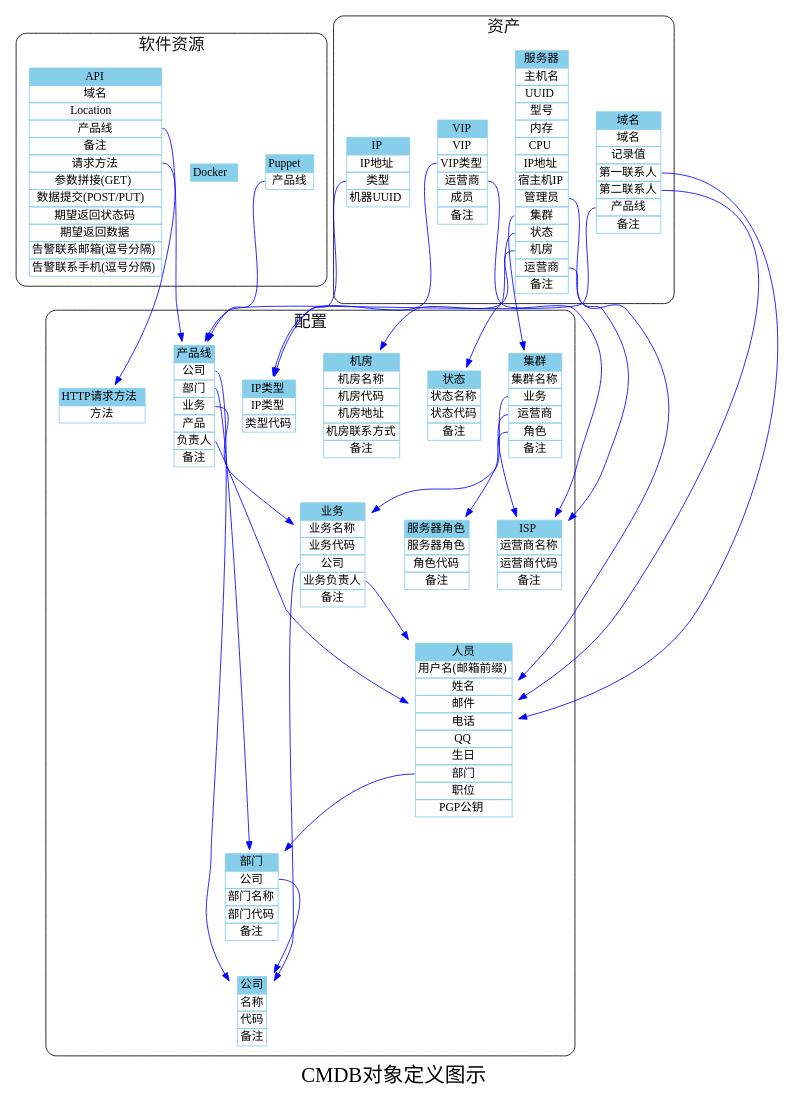
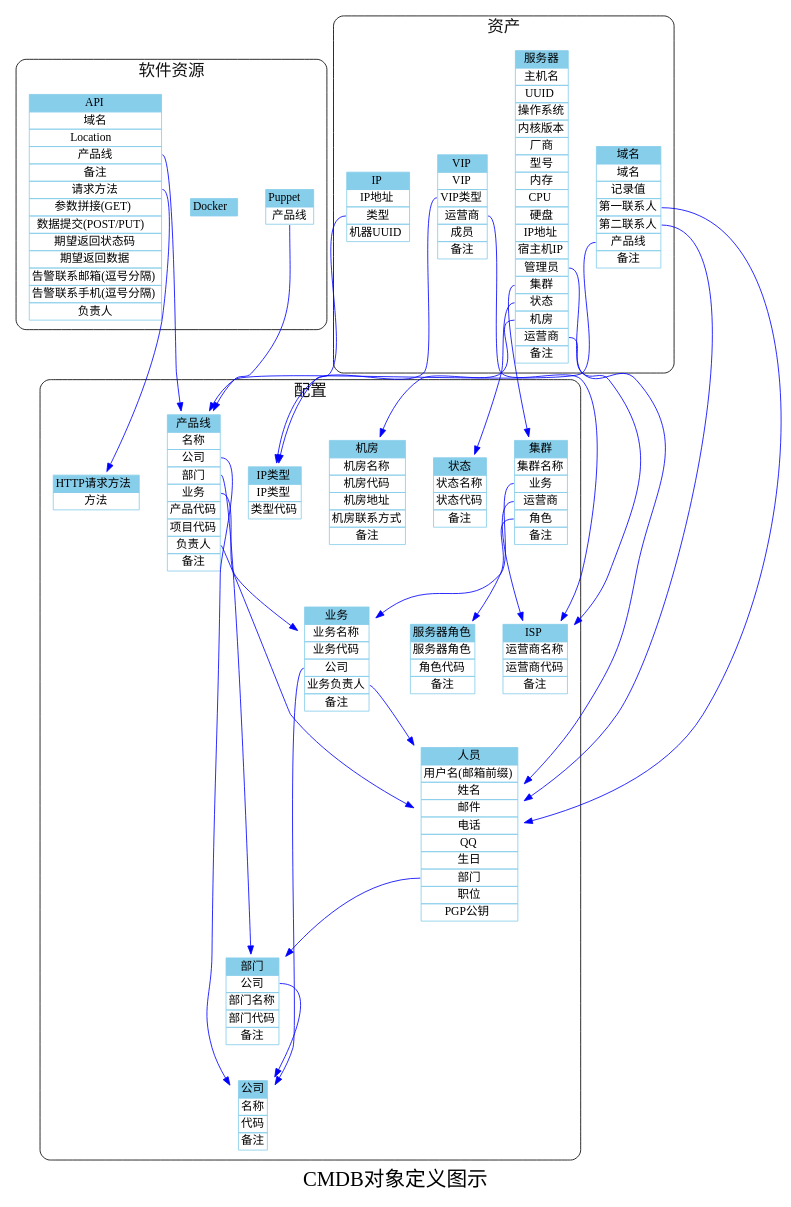
One commit to annProg/learn changed the diagram in cmdb/yourcmdb/gen-object-xml/cmdb.dot. Above: the diagram before and after it, drawn with Graphviz. The commit also changed 14 other files, not shown here.

```diff
--- a/cmdb/yourcmdb/gen-object-xml/cmdb.dot
+++ b/cmdb/yourcmdb/gen-object-xml/cmdb.dot
@@ -1,70 +1,70 @@
 digraph cmdb {
  label="CMDB对象定义图示"; 
 fontsize=25;
  rankdir=TB;
     subgraph cluster_配置 {
          label="配置";
 fontsize=20;
 fontcolor=gray7;
  style="rounded";
 
         "HTTP请求方法" [color="skyblue", shape="plaintext", label=<<table border="0" cellborder="1" cellspacing="0" align="left"><tr><td bgcolor="skyblue">HTTP请求方法</td></tr><tr><td port="method">方法</td></tr></table>>];
         "IP类型" [color="skyblue", shape="plaintext", label=<<table border="0" cellborder="1" cellspacing="0" align="left"><tr><td bgcolor="skyblue">IP类型</td></tr><tr><td port="iptype">IP类型</td></tr><tr><td port="code">类型代码</td></tr></table>>];
         "ISP" [color="skyblue", shape="plaintext", label=<<table border="0" cellborder="1" cellspacing="0" align="left"><tr><td bgcolor="skyblue">ISP</td></tr><tr><td port="isp">运营商名称</td></tr><tr><td port="code">运营商代码</td></tr><tr><td port="comment">备注</td></tr></table>>];
         "部门":corp -> "公司" [color="blue",side="l"];
         "部门" [color="skyblue", shape="plaintext", label=<<table border="0" cellborder="1" cellspacing="0" align="left"><tr><td bgcolor="skyblue">部门</td></tr><tr><td port="corp">公司</td></tr><tr><td port="name">部门名称</td></tr><tr><td port="code">部门代码</td></tr><tr><td port="comment">备注</td></tr></table>>];
-        "产品线":level1 -> "公司" [color="blue",side="l"];
-        "产品线":level2 -> "部门" [color="blue",side="l"];
-        "产品线":level3 -> "业务" [color="blue",side="l"];
+        "产品线":corp -> "公司" [color="blue",side="l"];
+        "产品线":derp -> "部门" [color="blue",side="l"];
+        "产品线":business -> "业务" [color="blue",side="l"];
         "产品线":contact -> "人员" [color="blue",side="l"];
-        "产品线" [color="skyblue", shape="plaintext", label=<<table border="0" cellborder="1" cellspacing="0" align="left"><tr><td bgcolor="skyblue">产品线</td></tr><tr><td port="level1">公司</td></tr><tr><td port="level2">部门</td></tr><tr><td port="level3">业务</td></tr><tr><td port="level4">产品</td></tr><tr><td port="contact">负责人</td></tr><tr><td port="comment">备注</td></tr></table>>];
+        "产品线" [color="skyblue", shape="plaintext", label=<<table border="0" cellborder="1" cellspacing="0" align="left"><tr><td bgcolor="skyblue">产品线</td></tr><tr><td port="name">名称</td></tr><tr><td port="corp">公司</td></tr><tr><td port="derp">部门</td></tr><tr><td port="business">业务</td></tr><tr><td port="product">产品代码</td></tr><tr><td port="project">项目代码</td></tr><tr><td port="contact">负责人</td></tr><tr><td port="comment">备注</td></tr></table>>];
         "服务器角色" [color="skyblue", shape="plaintext", label=<<table border="0" cellborder="1" cellspacing="0" align="left"><tr><td bgcolor="skyblue">服务器角色</td></tr><tr><td port="role">服务器角色</td></tr><tr><td port="code">角色代码</td></tr><tr><td port="comment">备注</td></tr></table>>];
         "公司" [color="skyblue", shape="plaintext", label=<<table border="0" cellborder="1" cellspacing="0" align="left"><tr><td bgcolor="skyblue">公司</td></tr><tr><td port="name">名称</td></tr><tr><td port="code">代码</td></tr><tr><td port="comment">备注</td></tr></table>>];
         "机房" [color="skyblue", shape="plaintext", label=<<table border="0" cellborder="1" cellspacing="0" align="left"><tr><td bgcolor="skyblue">机房</td></tr><tr><td port="idc">机房名称</td></tr><tr><td port="code">机房代码</td></tr><tr><td port="address">机房地址</td></tr><tr><td port="contact">机房联系方式</td></tr><tr><td port="comment">备注</td></tr></table>>];
         "集群":business -> "业务" [color="blue",side="l"];
         "集群":isp -> "ISP" [color="blue",side="l"];
         "集群":role -> "服务器角色" [color="blue",side="l"];
         "集群" [color="skyblue", shape="plaintext", label=<<table border="0" cellborder="1" cellspacing="0" align="left"><tr><td bgcolor="skyblue">集群</td></tr><tr><td port="name">集群名称</td></tr><tr><td port="business">业务</td></tr><tr><td port="isp">运营商</td></tr><tr><td port="role">角色</td></tr><tr><td port="comment">备注</td></tr></table>>];
         "人员":depart -> "部门" [color="blue",side="l"];
         "人员" [color="skyblue", shape="plaintext", label=<<table border="0" cellborder="1" cellspacing="0" align="left"><tr><td bgcolor="skyblue">人员</td></tr><tr><td port="staff">用户名(邮箱前缀)</td></tr><tr><td port="name">姓名</td></tr><tr><td port="email">邮件</td></tr><tr><td port="phone">电话</td></tr><tr><td port="qq">QQ</td></tr><tr><td port="birth">生日</td></tr><tr><td port="depart">部门</td></tr><tr><td port="title">职位</td></tr><tr><td port="pgppub">PGP公钥</td></tr></table>>];
         "业务":corp -> "公司" [color="blue",side="l"];
         "业务":contact -> "人员" [color="blue",side="l"];
         "业务" [color="skyblue", shape="plaintext", label=<<table border="0" cellborder="1" cellspacing="0" align="left"><tr><td bgcolor="skyblue">业务</td></tr><tr><td port="name">业务名称</td></tr><tr><td port="code">业务代码</td></tr><tr><td port="corp">公司</td></tr><tr><td port="contact">业务负责人</td></tr><tr><td port="comment">备注</td></tr></table>>];
         "状态" [color="skyblue", shape="plaintext", label=<<table border="0" cellborder="1" cellspacing="0" align="left"><tr><td bgcolor="skyblue">状态</td></tr><tr><td port="status">状态名称</td></tr><tr><td port="code">状态代码</td></tr><tr><td port="comment">备注</td></tr></table>>];
 }
     subgraph cluster_软件资源 {
          label="软件资源";
 fontsize=20;
 fontcolor=gray7;
  style="rounded";
 
         "API":product -> "产品线" [color="blue",side="l"];
         "API":method -> "HTTP请求方法" [color="blue",side="l"];
-        "API" [color="skyblue", shape="plaintext", label=<<table border="0" cellborder="1" cellspacing="0" align="left"><tr><td bgcolor="skyblue">API</td></tr><tr><td port="domain">域名</td></tr><tr><td port="location">Location</td></tr><tr><td port="product">产品线</td></tr><tr><td port="comment">备注</td></tr><tr><td port="method">请求方法</td></tr><tr><td port="param">参数拼接(GET)</td></tr><tr><td port="data">数据提交(POST/PUT)</td></tr><tr><td port="responsecode">期望返回状态码</td></tr><tr><td port="responsedata">期望返回数据</td></tr><tr><td port="alertemail">告警联系邮箱(逗号分隔)</td></tr><tr><td port="alertphone">告警联系手机(逗号分隔)</td></tr></table>>];
+        "API" [color="skyblue", shape="plaintext", label=<<table border="0" cellborder="1" cellspacing="0" align="left"><tr><td bgcolor="skyblue">API</td></tr><tr><td port="domain">域名</td></tr><tr><td port="location">Location</td></tr><tr><td port="product">产品线</td></tr><tr><td port="comment">备注</td></tr><tr><td port="method">请求方法</td></tr><tr><td port="param">参数拼接(GET)</td></tr><tr><td port="data">数据提交(POST/PUT)</td></tr><tr><td port="responsecode">期望返回状态码</td></tr><tr><td port="responsedata">期望返回数据</td></tr><tr><td port="alertemail">告警联系邮箱(逗号分隔)</td></tr><tr><td port="alertphone">告警联系手机(逗号分隔)</td></tr><tr><td port="contact">负责人</td></tr></table>>];
         "Docker" [color="skyblue", shape="plaintext", label=<<table border="0" cellborder="1" cellspacing="0" align="left"><tr><td bgcolor="skyblue">Docker</td></tr></table>>];
         "Puppet":product -> "产品线" [color="blue",side="l"];
         "Puppet" [color="skyblue", shape="plaintext", label=<<table border="0" cellborder="1" cellspacing="0" align="left"><tr><td bgcolor="skyblue">Puppet</td></tr><tr><td port="product">产品线</td></tr></table>>];
 }
     subgraph cluster_资产 {
          label="资产";
 fontsize=20;
 fontcolor=gray7;
  style="rounded";
 
         "IP":iptype -> "IP类型" [color="blue",side="l"];
         "IP" [color="skyblue", shape="plaintext", label=<<table border="0" cellborder="1" cellspacing="0" align="left"><tr><td bgcolor="skyblue">IP</td></tr><tr><td port="ip">IP地址</td></tr><tr><td port="iptype">类型</td></tr><tr><td port="uuid">机器UUID</td></tr></table>>];
         "VIP":type -> "IP类型" [color="blue",side="l"];
         "VIP":isp -> "ISP" [color="blue",side="l"];
         "VIP" [color="skyblue", shape="plaintext", label=<<table border="0" cellborder="1" cellspacing="0" align="left"><tr><td bgcolor="skyblue">VIP</td></tr><tr><td port="ip">VIP</td></tr><tr><td port="type">VIP类型</td></tr><tr><td port="isp">运营商</td></tr><tr><td port="member">成员</td></tr><tr><td port="comment">备注</td></tr></table>>];
         "服务器":administrator -> "人员" [color="blue",side="l"];
         "服务器":cluster -> "集群" [color="blue",side="l"];
         "服务器":status -> "状态" [color="blue",side="l"];
         "服务器":location -> "机房" [color="blue",side="l"];
         "服务器":isp -> "ISP" [color="blue",side="l"];
-        "服务器" [color="skyblue", shape="plaintext", label=<<table border="0" cellborder="1" cellspacing="0" align="left"><tr><td bgcolor="skyblue">服务器</td></tr><tr><td port="hostname">主机名</td></tr><tr><td port="uuid">UUID</td></tr><tr><td port="model">型号</td></tr><tr><td port="mem">内存</td></tr><tr><td port="cpu">CPU</td></tr><tr><td port="ip">IP地址</td></tr><tr><td port="hypervisor-ip">宿主机IP</td></tr><tr><td port="administrator">管理员</td></tr><tr><td port="cluster">集群</td></tr><tr><td port="status">状态</td></tr><tr><td port="location">机房</td></tr><tr><td port="isp">运营商</td></tr><tr><td port="comment">备注</td></tr></table>>];
+        "服务器" [color="skyblue", shape="plaintext", label=<<table border="0" cellborder="1" cellspacing="0" align="left"><tr><td bgcolor="skyblue">服务器</td></tr><tr><td port="hostname">主机名</td></tr><tr><td port="uuid">UUID</td></tr><tr><td port="system">操作系统</td></tr><tr><td port="kernel">内核版本</td></tr><tr><td port="vendor">厂商</td></tr><tr><td port="model">型号</td></tr><tr><td port="mem">内存</td></tr><tr><td port="cpu">CPU</td></tr><tr><td port="disk">硬盘</td></tr><tr><td port="ip">IP地址</td></tr><tr><td port="hypervisor-ip">宿主机IP</td></tr><tr><td port="administrator">管理员</td></tr><tr><td port="cluster">集群</td></tr><tr><td port="status">状态</td></tr><tr><td port="location">机房</td></tr><tr><td port="isp">运营商</td></tr><tr><td port="comment">备注</td></tr></table>>];
         "域名":contact1 -> "人员" [color="blue",side="l"];
         "域名":contact2 -> "人员" [color="blue",side="l"];
         "域名":product -> "产品线" [color="blue",side="l"];
         "域名" [color="skyblue", shape="plaintext", label=<<table border="0" cellborder="1" cellspacing="0" align="left"><tr><td bgcolor="skyblue">域名</td></tr><tr><td port="domain">域名</td></tr><tr><td port="record">记录值</td></tr><tr><td port="contact1">第一联系人</td></tr><tr><td port="contact2">第二联系人</td></tr><tr><td port="product">产品线</td></tr><tr><td port="comment">备注</td></tr></table>>];
 }
 }
```
